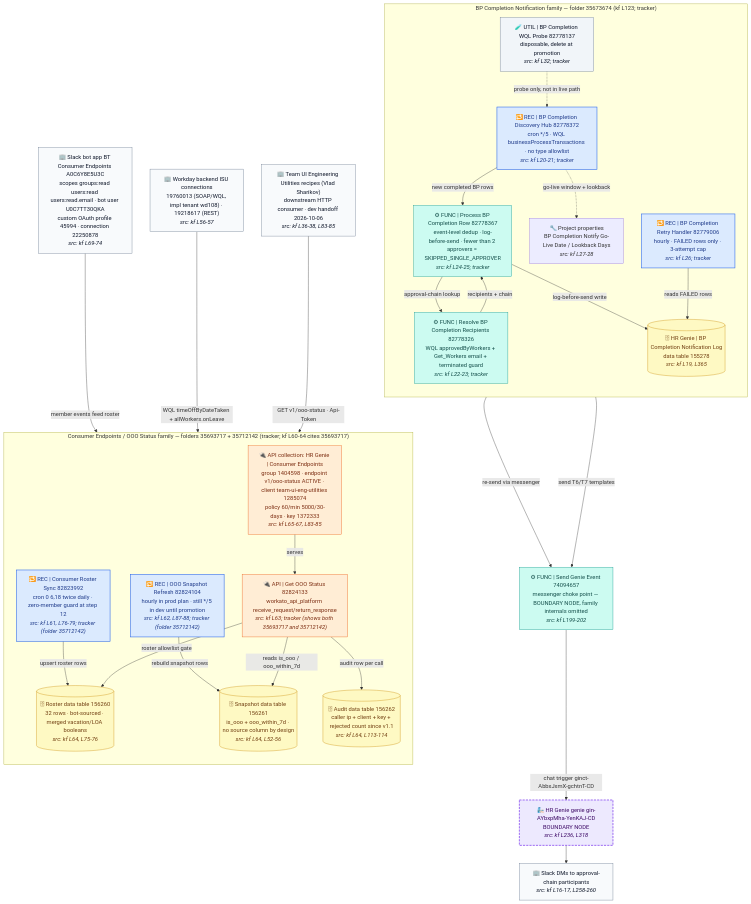
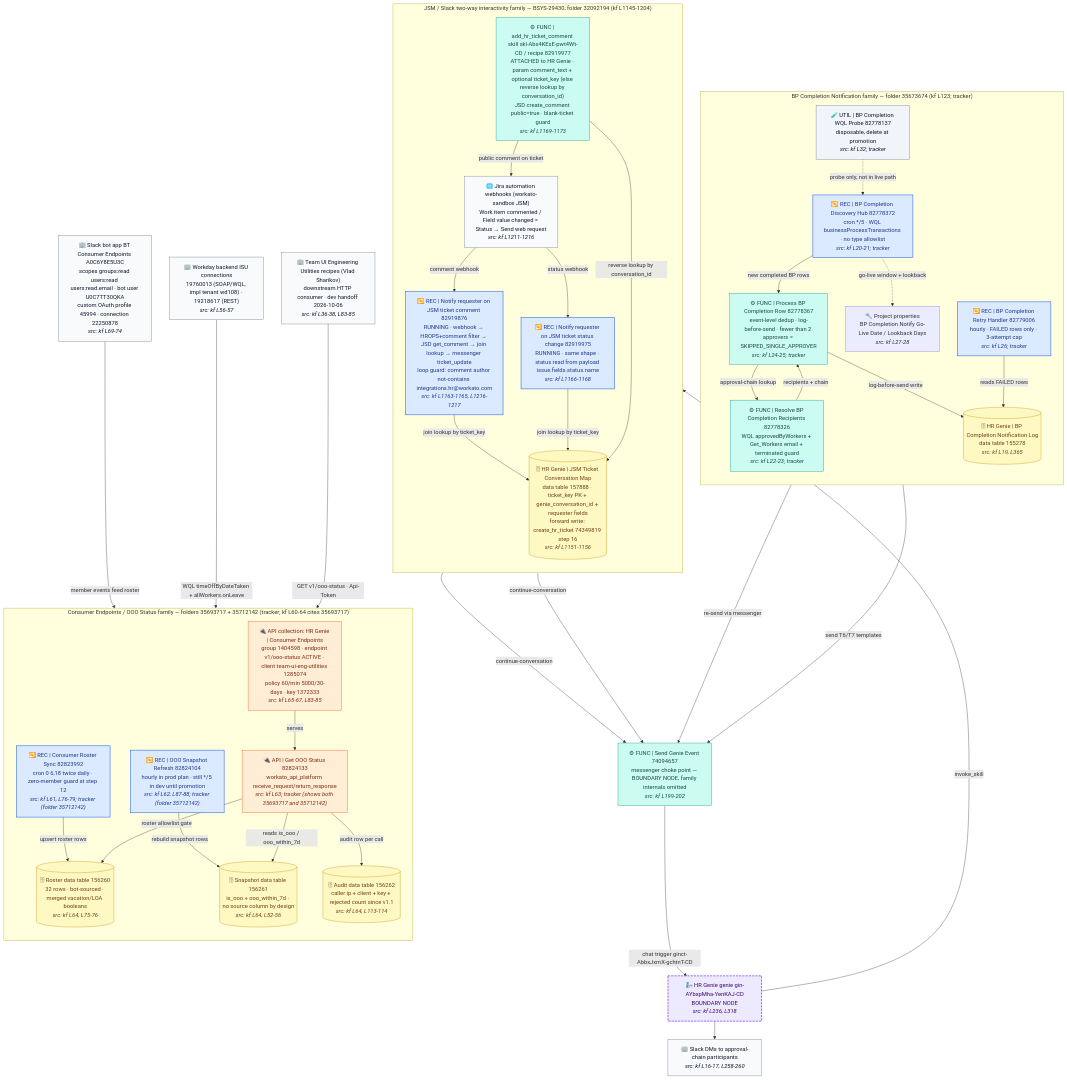
Before and after one commit to jdcramoy/knowledge-corpus: the diagram in projects/hr-genie/architecture/asset-graph.mmd, drawn with Mermaid. The commit also changed 351 other files, not shown here.

```diff
--- a/projects/hr-genie/architecture/asset-graph.mmd
+++ b/projects/hr-genie/architecture/asset-graph.mmd
@@ -1,91 +1,113 @@
 flowchart TD
 %% HR Genie — Level 2 asset graph (Workato assets + links; every node cites its source)
 %% SOURCES: kf = ~/.claude/knowledge/projects/hr-genie.md (L = line number); tracker = workato-dependency-tracker
 %% search_recipe_dependencies live responses, workspace 3535597 "Workato AHQ | AI Development", project 15643451, 2026-10-08.
 %% No vibes: every node below was confirmed against at least one of those two sources.
 %% FAMILY COVERAGE (explicit, per session scope):
 %%   REPRESENTED: (1) BP Completion Notification family (BSYS-28313, folder 35673674);
-%%                (2) Consumer Endpoints / OOO Status family (BTSUP-72246, folders 35693717 + 35712142 per tracker).
+%%                (2) Consumer Endpoints / OOO Status family (BTSUP-72246, folders 35693717 + 35712142 per tracker);
+%%                (3) JSM / Slack two-way interactivity family (BSYS-29430, folder 32092194, added 2026-10-16).
 %%   OMITTED (documented in kf + Confluence tree, not drawn here):
 %%     - Inbox Task pipeline: Discovery Hub 74482795, Detail 74482074, Reconciler 74506733, Escalator 74505400 (kf L136-146, L286-289)
 %%     - PTO pipeline: Process New Request 74247462, Decision 74247862, Reminder 74248295, PTO Escalator 74248506, gate 82202341 (kf L289-291)
 %%     - Vegas Demo Cadence lanes 82531467/69/70/80 (kf L152-155)
 %%     - Work Anniversary Notifier 74380245 (kf L292)
 %%     - Intelligence Platform stack: Emit App Event 82862028, Collector 82862205, Correlator 82863111, Sweeper 82863150, Judge 82863299, Rollup 82863448, Correlator-2-Notifications 82863630, Digest 82863670, Gap Miner 82863884, Feedback Consumers 82863906/82872626, Eval Harness 82863915, Migration 82884094 + tables 156841-156868 (kf L496-605)
 %%     - Genie enrollment gate: Record Enrollment State 82840791, table 156515, Create App Link 74253452 (kf L531-539)
 %%     - FTO gate skills: 82839617, 82862012, 78622059, audit table 156829 (kf L411-479)
 %%     - check_business_process_status 82778233 + audit table 155277 (kf L9-13, L243-255)
 %%     - Messenger choke point internals (74094657) and HR Genie genie itself: drawn as boundary nodes only.
 %% NOTE: flowchart TD must be line 1 — mermaid fails diagram-type detection if %% comments precede it.
 
   subgraph BPF["BP Completion Notification family — folder 35673674 (kf L123; tracker)"]
     direction TB
     HUB["🔁 REC | BP Completion Discovery Hub 82778372<br/>cron */5 · WQL businessProcessTransactions · no type allowlist<br/><i>src: kf L20-21; tracker</i>"]
     PROC["⚙ FUNC | Process BP Completion Row 82778367<br/>event-level dedup · log-before-send · fewer than 2 approvers = SKIPPED_SINGLE_APPROVER<br/><i>src: kf L24-25; tracker</i>"]
     RES["⚙ FUNC | Resolve BP Completion Recipients 82778326<br/>WQL approvedByWorkers + Get_Workers email + terminated guard<br/><i>src: kf L22-23; tracker</i>"]
     RETRY["🔁 REC | BP Completion Retry Handler 82779006<br/>hourly · FAILED rows only · 3-attempt cap<br/><i>src: kf L26; tracker</i>"]
     PROBE["🧪 UTIL | BP Completion WQL Probe 82778137<br/>disposable, delete at promotion<br/><i>src: kf L32; tracker</i>"]
     BPLOG[("🗄 HR Genie | BP Completion Notification Log<br/>data table 155278<br/><i>src: kf L19, L365</i>")]
     BPPROPS["🔧 Project properties<br/>BP Completion Notify Go-Live Date / Lookback Days<br/><i>src: kf L27-28</i>"]
   end
 
   subgraph CEF["Consumer Endpoints / OOO Status family — folders 35693717 + 35712142 (tracker; kf L60-64 cites 35693717)"]
     direction TB
     RSYNC["🔁 REC | Consumer Roster Sync 82823992<br/>cron 0 6,18 twice daily · zero-member guard at step 12<br/><i>src: kf L61, L76-79; tracker (folder 35712142)</i>"]
     SNAP["🔁 REC | OOO Snapshot Refresh 82824104<br/>hourly in prod plan · still */5 in dev until promotion<br/><i>src: kf L62, L87-88; tracker (folder 35712142)</i>"]
     APIP["🔌 API | Get OOO Status 82824133<br/>workato_api_platform receive_request/return_response<br/><i>src: kf L63; tracker (shows both 35693717 and 35712142)</i>"]
     ROSTER[("🗄 Roster data table 156260<br/>32 rows · bot-sourced · merged vacation/LOA booleans<br/><i>src: kf L64, L75-76</i>")]
     SNAPTB[("🗄 Snapshot data table 156261<br/>is_ooo + ooo_within_7d · no source column by design<br/><i>src: kf L64, L52-56</i>")]
     CEAUD[("🗄 Audit data table 156262<br/>caller ip + client + key + rejected count since v1.1<br/><i>src: kf L64, L113-114</i>")]
     APIG["🔌 API collection: HR Genie | Consumer Endpoints<br/>group 1404598 · endpoint v1/ooo-status ACTIVE · client team-ui-eng-utilities 1285074<br/>policy 60/min 5000/30-days · key 1372333<br/><i>src: kf L65-67, L83-85</i>"]
   end
 
+  subgraph JSF["JSM / Slack two-way interactivity family — BSYS-29430, folder 32092194 (kf L1145-1204)"]
+    direction TB
+    JEXT["🌐 Jira automation webhooks (workato-sandbox JSM)<br/>Work item commented / Field value changed = Status → Send web request<br/><i>src: kf L1211-1216</i>"]
+    JNC["🔁 REC | Notify requester on JSM ticket comment 82919876<br/>RUNNING · webhook → HROPS+comment filter → JSD get_comment → join lookup → messenger ticket_update<br/>loop guard: comment author not-contains integrations.hr@workato.com<br/><i>src: kf L1163-1165, L1216-1217</i>"]
+    JNS["🔁 REC | Notify requester on JSM ticket status change 82919975<br/>RUNNING · same shape · status read from payload issue.fields.status.name<br/><i>src: kf L1166-1168</i>"]
+    JSK["⚙ FUNC | add_hr_ticket_comment skill skl-Abs4KExE-pwt4Wt-CD / recipe 82919977<br/>ATTACHED to HR Genie · param comment_text + optional ticket_key (else reverse lookup by conversation_id)<br/>JSD create_comment public=true · blank-ticket guard<br/><i>src: kf L1169-1173</i>"]
+    JMAP[("🗄 HR Genie | JSM Ticket Conversation Map<br/>data table 157888 · ticket_key PK + genie_conversation_id + requester fields<br/>forward write: create_hr_ticket 74349819 step 16<br/><i>src: kf L1151-1156</i>")]
+  end
+
   WDCONN["🏢 Workday backend ISU connections<br/>19760013 (SOAP/WQL, impl tenant wd108) · 19218617 (REST)<br/><i>src: kf L56-57</i>"]
   SLACKBOT["🏢 Slack bot app BT Consumer Endpoints A0C6Y8E5U3C<br/>scopes groups:read users:read users:read.email · bot user U0C7TT30QKA<br/>custom OAuth profile 45994 · connection 22250878<br/><i>src: kf L69-74</i>"]
   MSG["⚙ FUNC | Send Genie Event 74094657<br/>messenger choke point — BOUNDARY NODE, family internals omitted<br/><i>src: kf L199-202</i>"]
   GENIE["🧞 HR Genie genie gin-AYbxpMha-YenKAJ-CD<br/>BOUNDARY NODE<br/><i>src: kf L236, L318</i>"]
   SLACK["🏢 Slack DMs to approval-chain participants<br/><i>src: kf L16-17, L258-260</i>"]
   VLAD["🏢 Team UI Engineering Utilities recipes (Vlad Sharikov)<br/>downstream HTTP consumer · dev handoff 2026-10-06<br/><i>src: kf L36-38, L83-85</i>"]
 
   HUB -- "new completed BP rows" --> PROC
   PROC -- "approval-chain lookup" --> RES
   RES -- "recipients + chain" --> PROC
   PROC -- "log-before-send write" --> BPLOG
   HUB -. "go-live window + lookback" .-> BPPROPS
   RETRY -- "reads FAILED rows" --> BPLOG
   RETRY -- "re-send via messenger" --> MSG
   PROC -- "send T6/T7 templates" --> MSG
   MSG -- "chat trigger ginct-AbbxJxmX-gchtnT-CD" --> GENIE
   GENIE --> SLACK
   PROBE -. "probe only, not in live path" .-> HUB
 
   SLACKBOT -- "member events feed roster" --> RSYNC
   RSYNC -- "upsert roster rows" --> ROSTER
   WDCONN -- "WQL timeOffByDateTaken + allWorkers.onLeave" --> SNAP
   SNAP -- "rebuild snapshot rows" --> SNAPTB
   APIP -- "roster allowlist gate" --> ROSTER
   APIP -- "reads is_ooo / ooo_within_7d" --> SNAPTB
   APIP -- "audit row per call" --> CEAUD
   APIG -- "serves" --> APIP
   VLAD -- "GET v1/ooo-status · Api-Token" --> APIG
 
+  JEXT -- "comment webhook" --> JNC
+  JEXT -- "status webhook" --> JNS
+  JNC -- "join lookup by ticket_key" --> JMAP
+  JNS -- "join lookup by ticket_key" --> JMAP
+  JNC -- "continue-conversation" --> MSG
+  JNS -- "continue-conversation" --> MSG
+  GENIE -- "invoke_skill" --> JSK
+  JSK -- "reverse lookup by conversation_id" --> JMAP
+  JSK -- "public comment on ticket" --> JEXT
+
   classDef rec fill:#dbeafe,stroke:#2563eb,stroke-width:1.5px,color:#1e3a8a
   classDef func fill:#ccfbf1,stroke:#0d9488,color:#134e4a
   classDef util fill:#f1f5f9,stroke:#64748b,color:#0f172a
   classDef table fill:#fef9c3,stroke:#ca8a04,color:#713f12
   classDef api fill:#ffedd5,stroke:#ea580c,color:#7c2d12
   classDef boundary fill:#ede9fe,stroke:#7c3aed,stroke-width:2px,stroke-dasharray:6 3,color:#3b0764
   classDef ext fill:#f8fafc,stroke:#64748b,color:#0f172a
-  class HUB,RETRY,RSYNC,SNAP rec
-  class PROC,RES,MSG func
+  class HUB,RETRY,RSYNC,SNAP,JNC,JNS rec
+  class PROC,RES,MSG,JSK func
   class PROBE util
-  class BPLOG,ROSTER,SNAPTB,CEAUD table
+  class BPLOG,ROSTER,SNAPTB,CEAUD,JMAP table
   class APIP,APIG api
   class GENIE boundary
-  class WDCONN,SLACKBOT,SLACK,WDCONN,VLAD ext
+  class WDCONN,SLACKBOT,SLACK,WDCONN,VLAD,JEXT ext
   class BPF fill:#eff6ff,stroke:#3b82f6,stroke-width:1.5px
   class CEF fill:#f0fdfa,stroke:#14b8a6,stroke-width:1.5px
+  class JSF fill:#fdf4ff,stroke:#a855f7,stroke-width:1.5px
 
 %% --- change log (max 10, newest first) ---
+%% 2026-10-16 added JSM / Slack two-way interactivity family (BSYS-29430) per accepted proposal (dissent scope: JSM family only): notify 82919876/82919975, skill 82919977, table 157888, Jira automation webhooks, loop guard; all cites kf L1145-1217. %%
 %% 2026-10-08 restyled: classDefs (rec/func/util/table/api/boundary/ext) + role emoji; content and citations unchanged. %%
 %% 2026-10-08 initial asset graph created (first diagram): scoped to BP Completion Notification + Consumer Endpoints families per session task; omitted families listed explicitly in header comment; sources = hr-genie.md knowledge file lines + live dependency-tracker ws 3535597 (which also surfaced a folder drift: Consumer Endpoints recipes now in 35712142, kf still cites 35693717). %%
```
